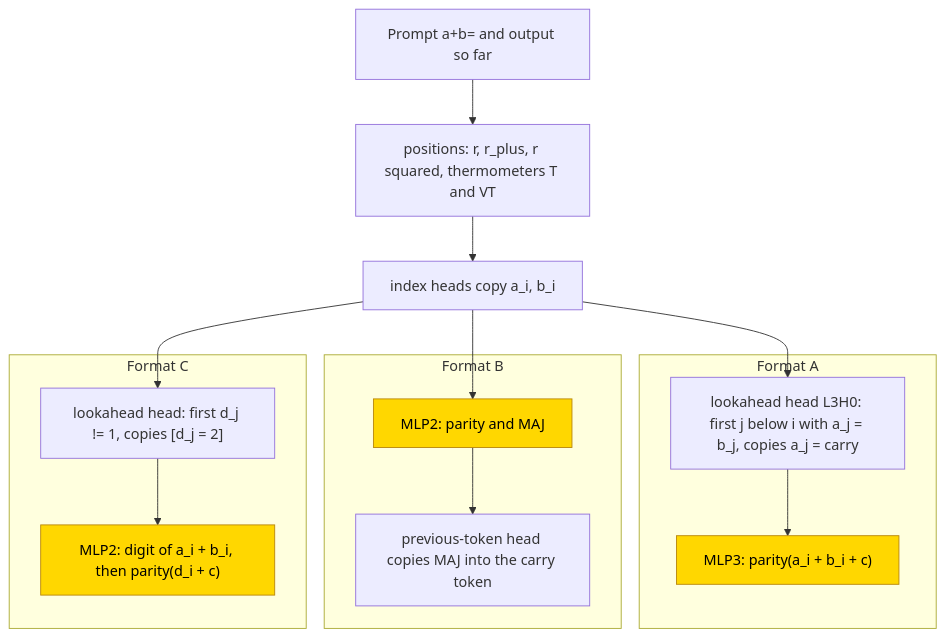
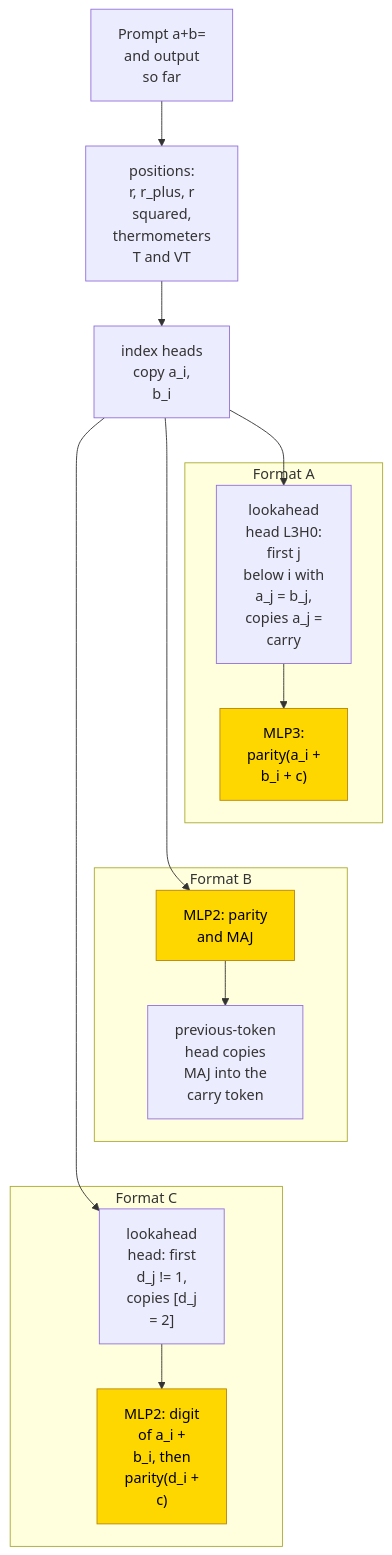
Before and after one commit to jc1122/mechanistic-interpretability-circuit-atlas: the first of 2 diagrams in entries/binary-addition.md, drawn with Mermaid. The commit also changed other lines of this file and 39 other files, not shown here.

````diff
--- a/entries/binary-addition.md
+++ b/entries/binary-addition.md
@@ -108,21 +108,24 @@
 ```mermaid
 flowchart TD
     accTitle: Hand-built binary addition in three output formats
     accDescr: Position and index heads fetch operand bits. Answer-only and column-sum routes use carry lookahead; the carry-token route writes digit parity and carry before copying the carry output. Only the marked stage MLP is trained in each PART cell. Learned sum-table status is partial, with complement untested.
-    P["Prompt a+b= and output so far"] --> POS["positions: r, r_plus, r squared, thermometers T and VT"]
-    POS --> IDX["index heads copy a_i, b_i"]
+    P["Prompt a+b=<br/>and output<br/>so far"] --> POS["positions:<br/>r, r_plus, r<br/>squared,<br/>thermometers<br/>T and VT"]
+    POS --> IDX["index heads<br/>copy a_i,<br/>b_i"]
     subgraph FA["Format A"]
-        A1["lookahead head L3H0: first j below i with a_j = b_j, copies a_j = carry"] --> A2["MLP3: parity(a_i + b_i + c)"]
+        A1["lookahead<br/>head L3H0:<br/>first j<br/>below i with<br/>a_j = b_j,<br/>copies a_j =<br/>carry"] --> A2["MLP3:<br/>parity(a_i +<br/>b_i + c)"]
     end
     subgraph FB["Format B"]
-        B1["MLP2: parity and MAJ"] --> B2["previous-token head copies MAJ into the carry token"]
+        B1["MLP2: parity<br/>and MAJ"] --> B2["previous-token<br/>head copies<br/>MAJ into the<br/>carry token"]
     end
     subgraph FC["Format C"]
-        C1["lookahead head: first d_j != 1, copies [d_j = 2]"] --> C2["MLP2: digit of a_i + b_i, then parity(d_i + c)"]
+        C1["lookahead<br/>head: first<br/>d_j != 1,<br/>copies [d_j<br/>= 2]"] --> C2["MLP2: digit<br/>of a_i +<br/>b_i, then<br/>parity(d_i +<br/>c)"]
     end
     IDX --> A1
     IDX --> B1
     IDX --> C1
     classDef trained fill:gold,stroke:darkgoldenrod,color:black
     class A2,B1,C2 trained
+    %% Invisible links constrain vertical layout only, not computation.
+    A2 ~~~ B1
+    B2 ~~~ C1
 ```
````
